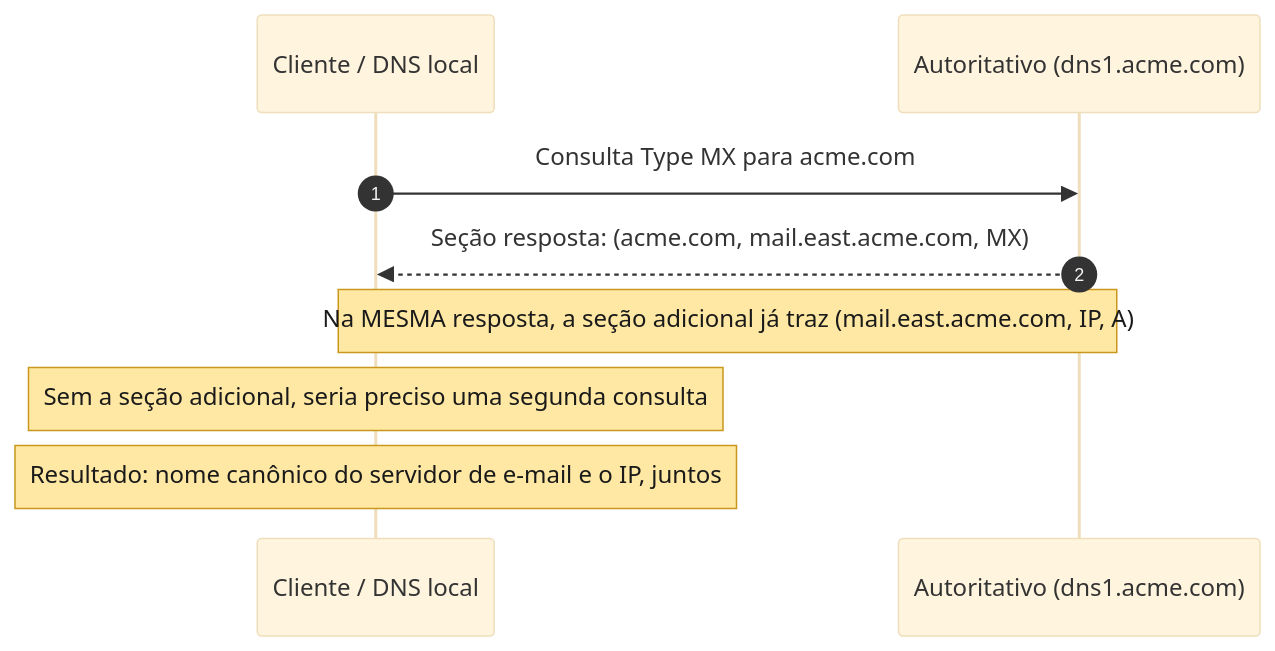
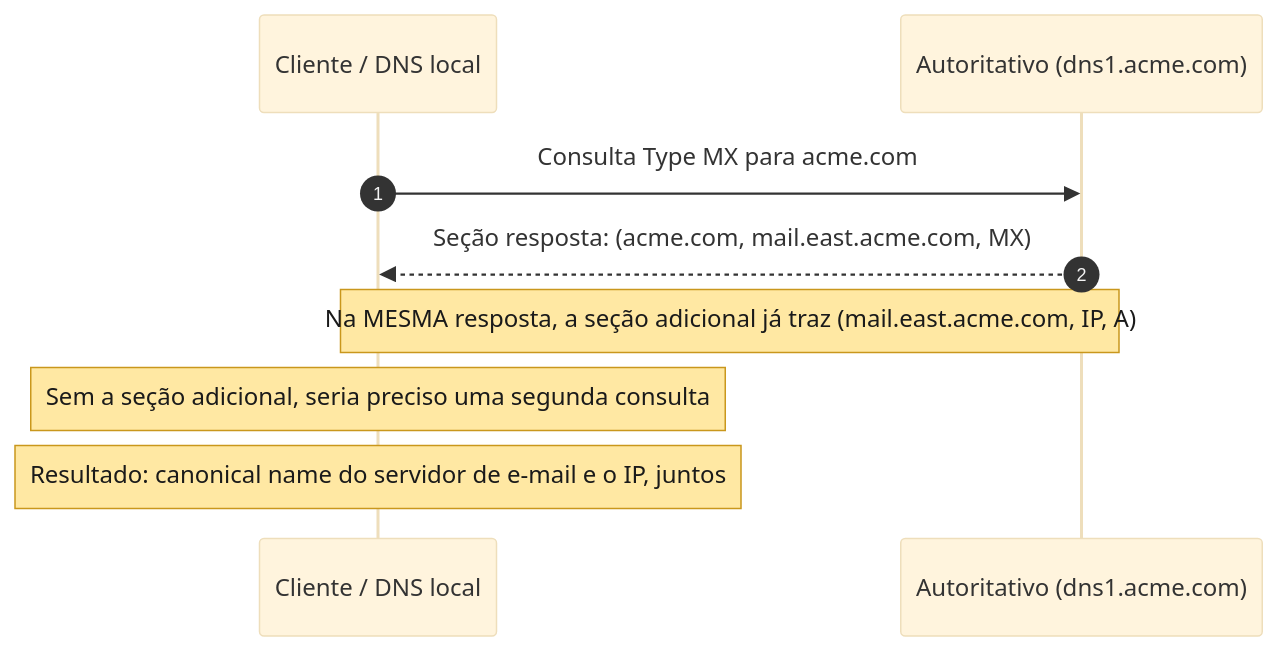
One commit to eagle-head/blog changed the sixth of 7 diagrams in src/content/papers/dns-from-concept-to-packet/pt-BR.mdx. Above: the diagram before and after it, drawn with Mermaid. The commit also changed other lines of this file and 1 other file, not shown here.

````diff
--- a/src/content/papers/dns-from-concept-to-packet/pt-BR.mdx
+++ b/src/content/papers/dns-from-concept-to-packet/pt-BR.mdx
@@ -750,20 +750,20 @@
 ```mermaid
 ---
 config:
   theme: base
   themeVariables:
     noteBkgColor: '#FFE8A3'
     noteTextColor: '#1A1A1A'
     noteBorderColor: '#C9971C'
 ---
 sequenceDiagram
     autonumber
     participant C as Cliente / DNS local
     participant A as Autoritativo (dns1.acme.com)
 
     C->>A: Consulta Type MX para acme.com
     A-->>C: Seção resposta: (acme.com, mail.east.acme.com, MX)
     Note over C,A: Na MESMA resposta, a seção adicional já traz (mail.east.acme.com, IP, A)
     Note over C: Sem a seção adicional, seria preciso uma segunda consulta
-    Note over C: Resultado: nome canônico do servidor de e-mail e o IP, juntos
+    Note over C: Resultado: canonical name do servidor de e-mail e o IP, juntos
 ```
````
